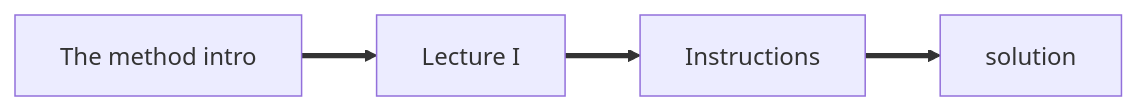
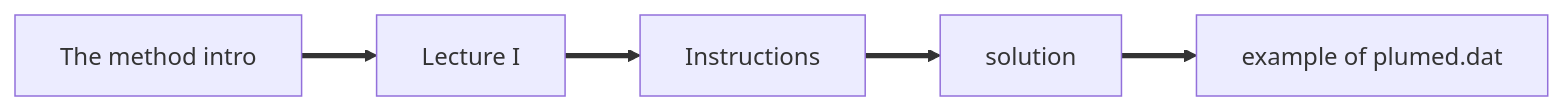
One commit to adpietropaolo/tutorial changed the diagram in navigation.md. Above: the diagram before and after it, drawn with Mermaid.

````diff
--- a/navigation.md
+++ b/navigation.md
@@ -1,10 +1,12 @@
 ```mermaid
 flowchart LR
 A[The method intro] ==> B[Lecture I]
 B ==> C[Instructions]
 C ==> D[solution]
+D ==> E[example of plumed.dat]
 click A "https://pubs.aip.org/aip/jcp/article-abstract/154/17/174108/200045/Multi-replica-biased-sampling-for-photoswitchable?redirectedFrom=fulltext"
 click B "https://static1.squarespace.com/static/5fe9a1f019bc26003ee2f585/t/66bf0a3059d1da25c8693695/1723796018487/Slide.pdf" "The lecture slides"
 click C "https://github.com/adpietropaolo/tutorial/blob/main/README.md" "The instructions for the masterclass"
 click D "https://github.com/adpietropaolo/tutorial/blob/main/notebook.ipynb" "A python notebook containing an example of calculation of dihedral angle using plumed at different values of lambda"
+click E "https://github.com/adpietropaolo/tutorial/blob/main/plumed.dat" "An example of plumed.dat file that contains the definition of dihedrals, the functions of the torsional potentials in each electronic states, the value of lambda of the FEP simulations, the parallel bias metadynamics parameters"
 ```
````
